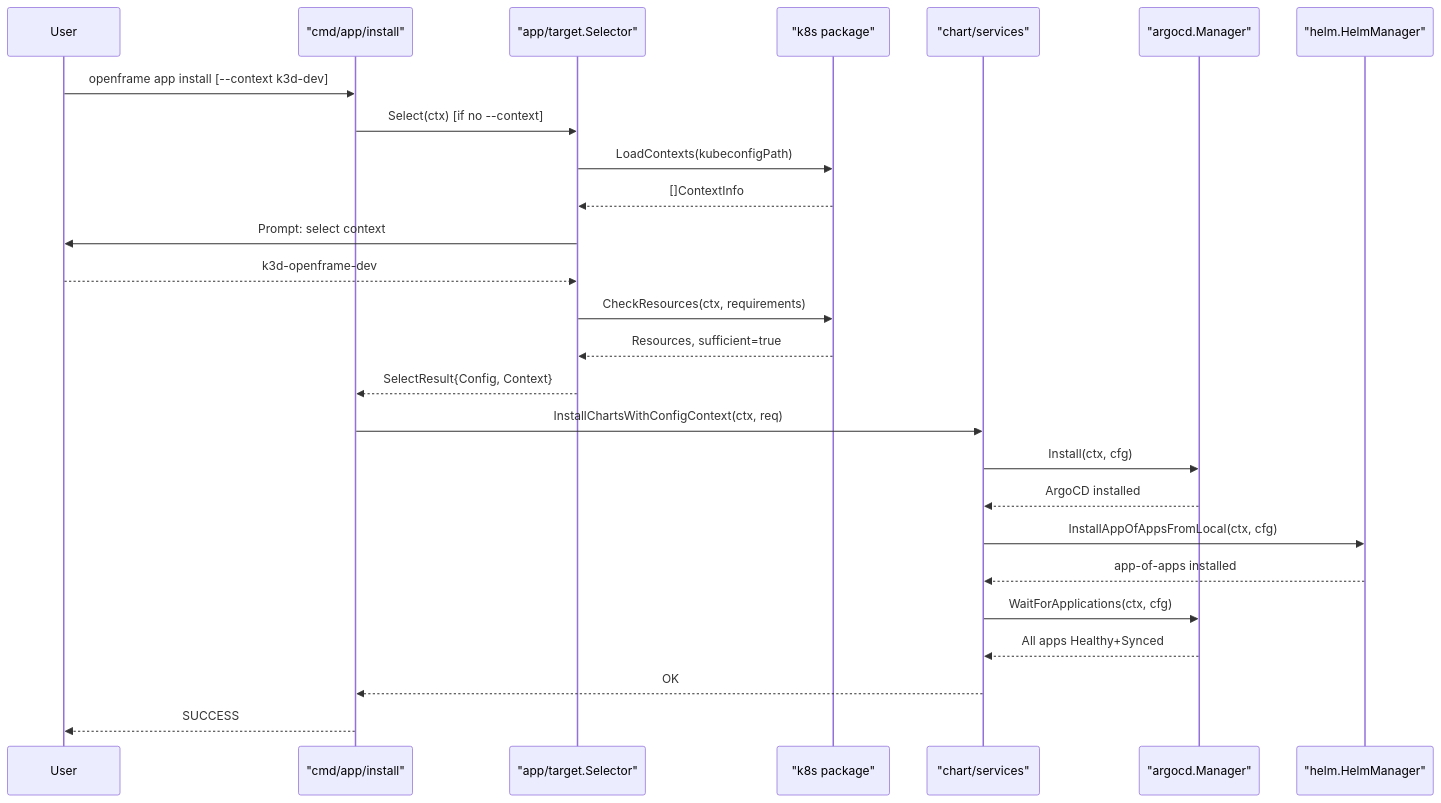
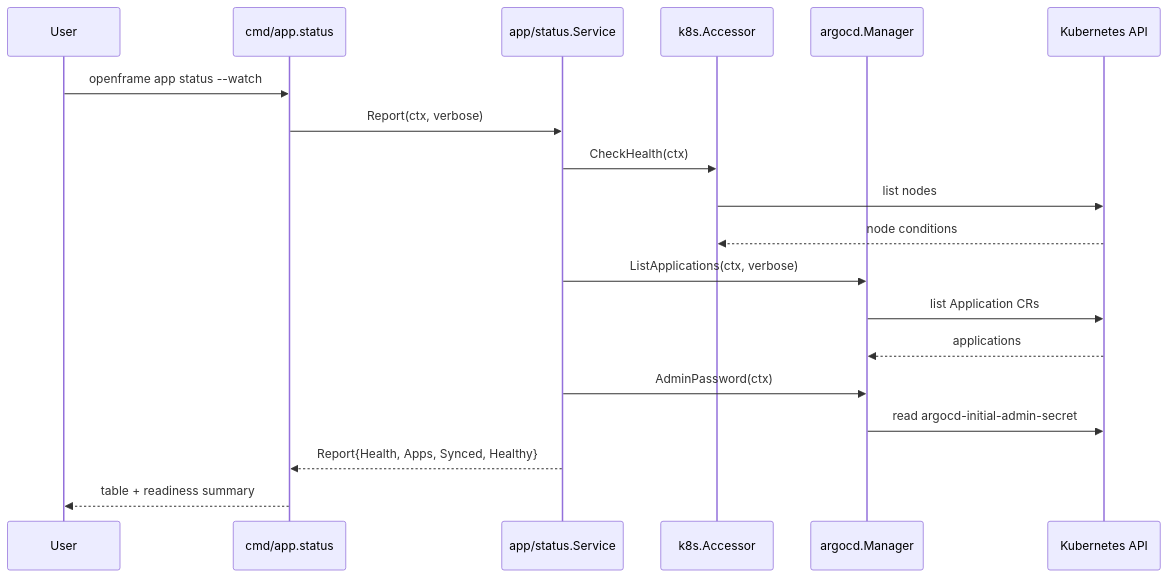
The fourth of 4 diagrams in docs/reference/architecture/overview.md (clydejordaan/openframe-cli), drawn with Mermaid before and after one commit. The commit also changed other lines of this file and 134 other files, not shown here.

````diff
--- a/docs/reference/architecture/overview.md
+++ b/docs/reference/architecture/overview.md
@@ -257,30 +221,22 @@
 ```mermaid
 sequenceDiagram
     participant User
-    participant AppCmd as "cmd/app/install"
-    participant Target as "app/target.Selector"
-    participant K8sPkg as "k8s package"
-    participant ChSvc as "chart/services"
-    participant ArgoProv as "argocd.Manager"
-    participant HelmProv as "helm.HelmManager"
+    participant CLI as cmd/app.status
+    participant Svc as app/status.Service
+    participant Accessor as k8s.Accessor
+    participant ArgoCDMgr as argocd.Manager
+    participant K8s as Kubernetes API
 
-    User->>AppCmd: openframe app install [--context k3d-dev]
-    AppCmd->>Target: Select(ctx) [if no --context]
-    Target->>K8sPkg: LoadContexts(kubeconfigPath)
-    K8sPkg-->>Target: []ContextInfo
-    Target->>User: Prompt: select context
-    User-->>Target: k3d-openframe-dev
-    Target->>K8sPkg: CheckResources(ctx, requirements)
-    K8sPkg-->>Target: Resources, sufficient=true
-    Target-->>AppCmd: SelectResult{Config, Context}
-
-    AppCmd->>ChSvc: InstallChartsWithConfigContext(ctx, req)
-    ChSvc->>ArgoProv: Install(ctx, cfg)
-    ArgoProv-->>ChSvc: ArgoCD installed
-    ChSvc->>HelmProv: InstallAppOfAppsFromLocal(ctx, cfg)
-    HelmProv-->>ChSvc: app-of-apps installed
-    ChSvc->>ArgoProv: WaitForApplications(ctx, cfg)
-    ArgoProv-->>ChSvc: All apps Healthy+Synced
-    ChSvc-->>AppCmd: OK
-    AppCmd-->>User: SUCCESS
+    User->>CLI: openframe app status --watch
+    CLI->>Svc: Report(ctx, verbose)
+    Svc->>Accessor: CheckHealth(ctx)
+    Accessor->>K8s: list nodes
+    K8s-->>Accessor: node conditions
+    Svc->>ArgoCDMgr: ListApplications(ctx, verbose)
+    ArgoCDMgr->>K8s: list Application CRs
+    K8s-->>ArgoCDMgr: applications
+    Svc->>ArgoCDMgr: AdminPassword(ctx)
+    ArgoCDMgr->>K8s: read argocd-initial-admin-secret
+    Svc-->>CLI: Report{Health, Apps, Synced, Healthy}
+    CLI-->>User: table + readiness summary
 ```
````
